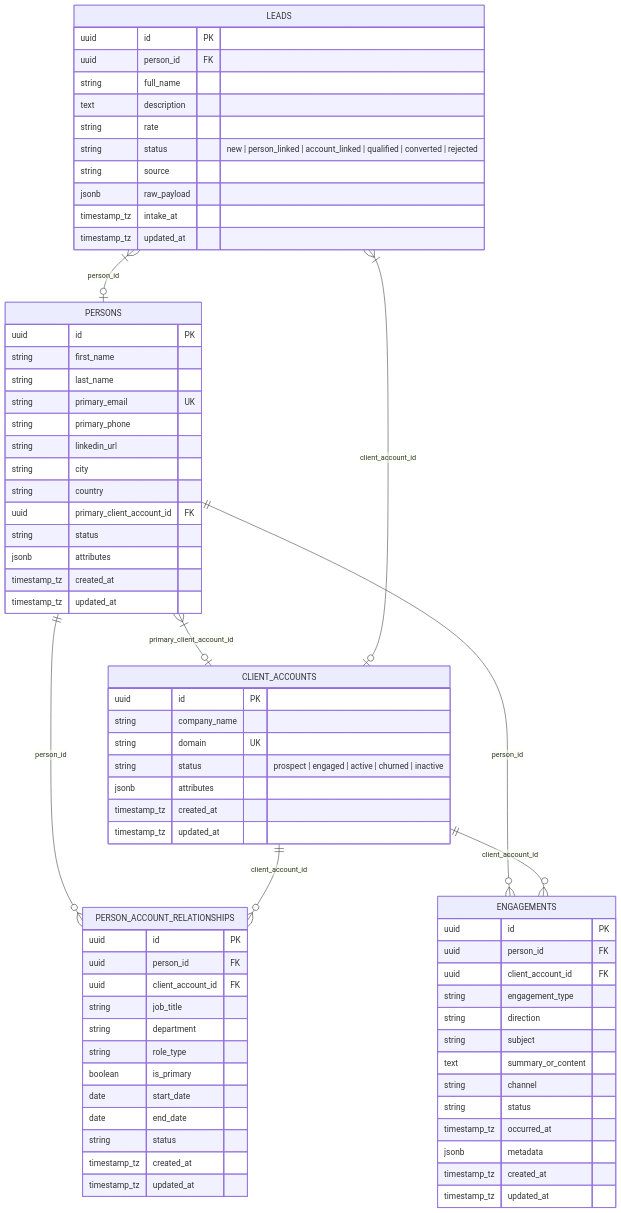
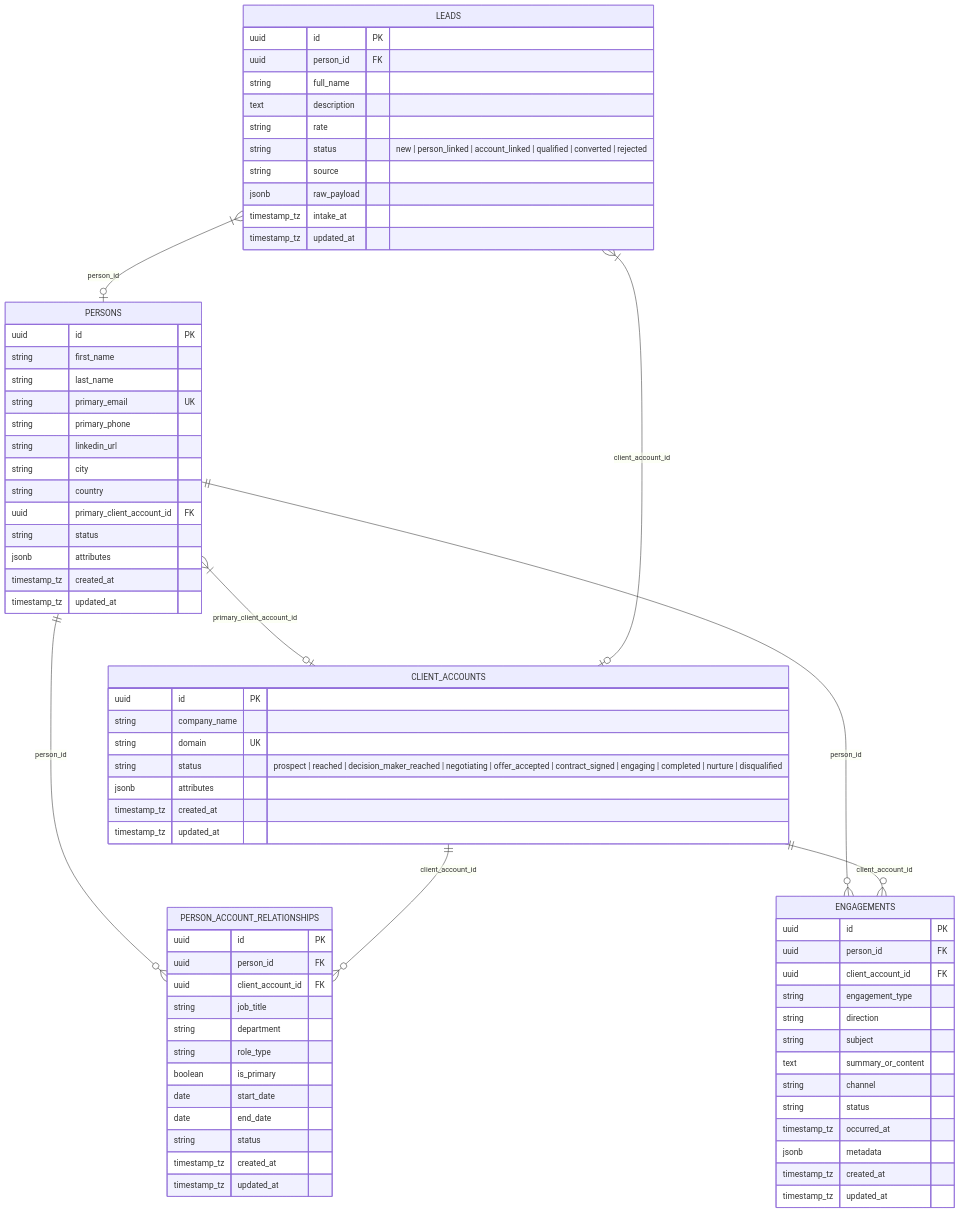
Before and after one commit to Data-Biz-AI-Consultancy/Jager: the diagram in src/db/README.md, drawn with Mermaid. The commit also changed 3 other files, not shown here.

````diff
--- a/src/db/README.md
+++ b/src/db/README.md
@@ -9,80 +9,80 @@
 ```mermaid
 erDiagram
     CLIENT_ACCOUNTS {
         uuid id PK
         string company_name
         string domain UK
-        string status "prospect | engaged | active | churned | inactive"
+        string status "prospect | reached | decision_maker_reached | negotiating | offer_accepted | contract_signed | engaging | completed | nurture | disqualified"
         jsonb attributes
         timestamp_tz created_at
         timestamp_tz updated_at
     }
 
     PERSONS {
         uuid id PK
         string first_name
         string last_name
         string primary_email UK
         string primary_phone
         string linkedin_url
         string city
         string country
         uuid primary_client_account_id FK
         string status
         jsonb attributes
         timestamp_tz created_at
         timestamp_tz updated_at
     }
 
     LEADS {
         uuid id PK
         uuid person_id FK
         string full_name
         text description
         string rate
         string status "new | person_linked | account_linked | qualified | converted | rejected"
         string source
         jsonb raw_payload
         timestamp_tz intake_at
         timestamp_tz updated_at
     }
 
     PERSON_ACCOUNT_RELATIONSHIPS {
         uuid id PK
         uuid person_id FK
         uuid client_account_id FK
         string job_title
         string department
         string role_type
         boolean is_primary
         date start_date
         date end_date
         string status
         timestamp_tz created_at
         timestamp_tz updated_at
     }
 
     ENGAGEMENTS {
         uuid id PK
         uuid person_id FK
         uuid client_account_id FK
         string engagement_type
         string direction
         string subject
         text summary_or_content
         string channel
         string status
         timestamp_tz occurred_at
         jsonb metadata
         timestamp_tz created_at
         timestamp_tz updated_at
     }
 
     PERSONS }|--o| CLIENT_ACCOUNTS : "primary_client_account_id"
     LEADS }|--o| PERSONS : "person_id"
     LEADS }|--o| CLIENT_ACCOUNTS : "client_account_id"
     PERSONS ||--o{ PERSON_ACCOUNT_RELATIONSHIPS : "person_id"
     CLIENT_ACCOUNTS ||--o{ PERSON_ACCOUNT_RELATIONSHIPS : "client_account_id"
     PERSONS ||--o{ ENGAGEMENTS : "person_id"
     CLIENT_ACCOUNTS ||--o{ ENGAGEMENTS : "client_account_id"
 ```
````
